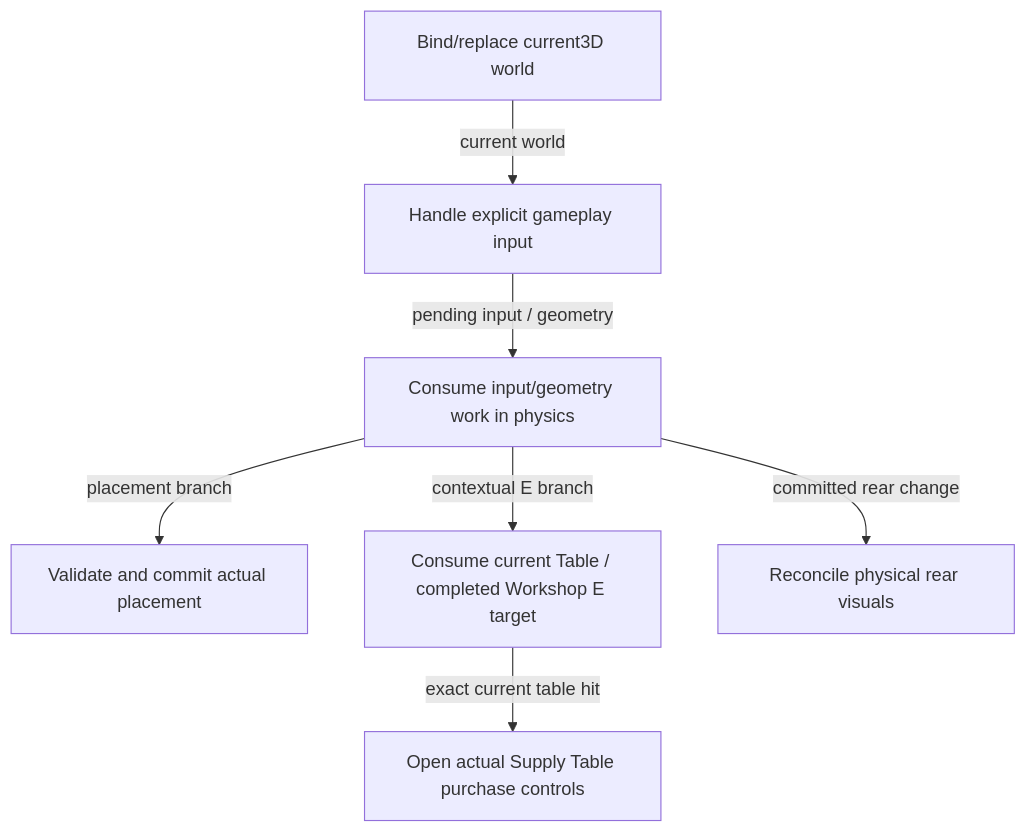
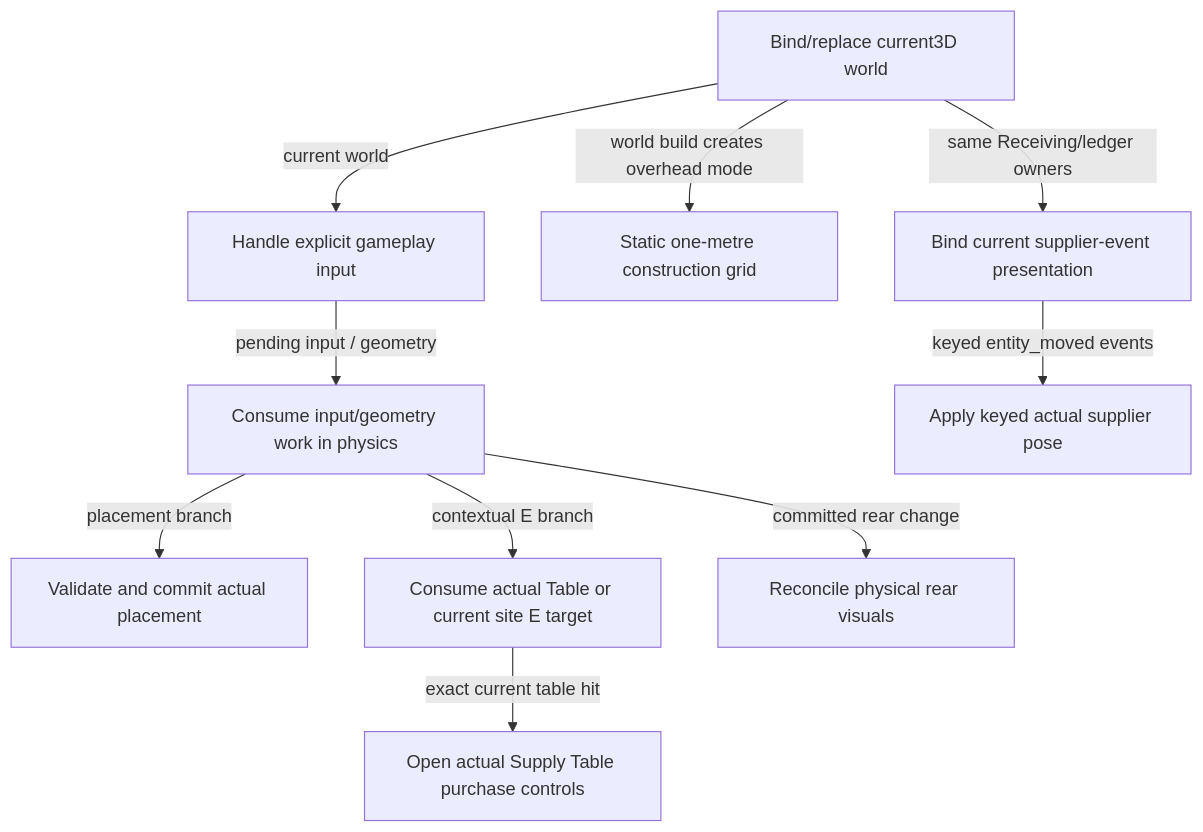
Diagram 43 of 49 in docs/system_atlas.md (TheInfinityIQ/Trencho_V4), drawn with Mermaid before and after one commit. The commit also changed other lines of this file and 13 other files, not shown here.

````diff
--- a/docs/system_atlas.md
+++ b/docs/system_atlas.md
@@ -1297,16 +1316,22 @@
 ```mermaid
 flowchart TD
     n0["Bind/replace current3D world"]
     n1["Handle explicit gameplay input"]
     n2["Consume input/geometry work in physics"]
     n3["Validate and commit actual placement"]
-    n4["Consume current Table / completed Workshop E target"]
+    n4["Consume actual Table or current site E target"]
     n5["Reconcile physical rear visuals"]
     n6["Open actual Supply Table purchase controls"]
+    n7["Static one-metre construction grid"]
+    n8["Bind current supplier-event presentation"]
+    n9["Apply keyed actual supplier pose"]
     n0 -->|"current world"| n1
     n1 -->|"pending input / geometry"| n2
     n2 -->|"placement branch"| n3
     n2 -->|"contextual E branch"| n4
     n2 -->|"committed rear change"| n5
     n4 -->|"exact current table hit"| n6
+    n0 -->|"world build creates overhead mode"| n7
+    n0 -->|"same Receiving/ledger owners"| n8
+    n8 -->|"keyed entity_moved events"| n9
 ```
````
